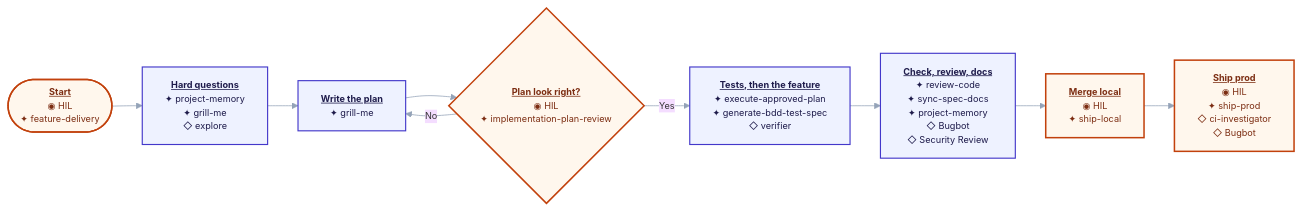
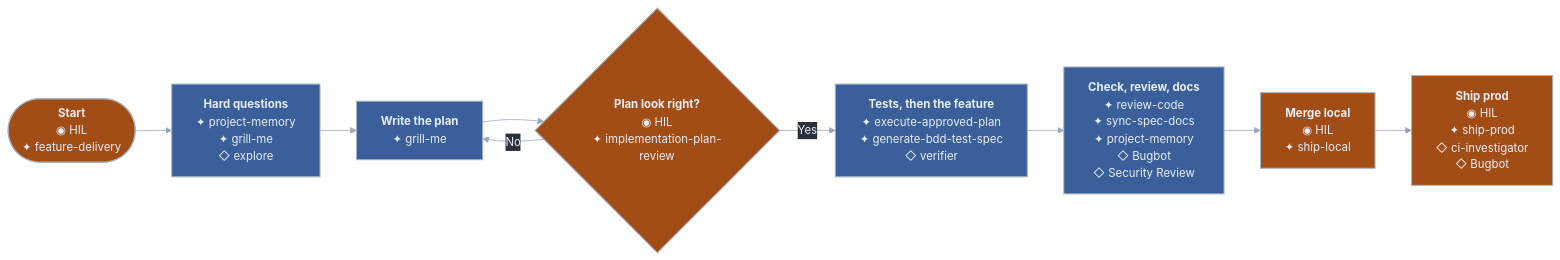
Before and after one commit to RaphaelBecker/cursor-harness: the fifth of 14 diagrams in README.md, drawn with Mermaid. The commit also changed other lines of this file and 12 other files, not shown here.

````diff
--- a/README.md
+++ b/README.md
@@ -276,22 +282,22 @@
 ```mermaid
-%%{init: {"theme":"base","themeVariables":{"fontFamily":"ui-sans-serif,system-ui,sans-serif","fontSize":"12px","lineColor":"#94a3b8"},"flowchart":{"curve":"basis","htmlLabels":true,"nodeSpacing":22,"rankSpacing":40}}}%%
+%%{init: {"theme":"base","themeVariables":{"darkMode":true,"fontFamily":"ui-sans-serif, system-ui, -apple-system, Segoe UI, sans-serif","fontSize":"15px","background":"#2B313C","lineColor":"#9AA6B8","textColor":"#9AA6B8","primaryTextColor":"#E8EEF7","edgeLabelBackground":"#2B313C"},"flowchart":{"curve":"basis","htmlLabels":true,"nodeSpacing":31,"rankSpacing":48,"padding":16,"useMaxWidth":true}}}%%
 flowchart LR
-  A(["<b><u>Start</u></b><br/>◉ HIL<br/>✦ feature-delivery"])
-  B["<b><u>Hard questions</u></b><br/>✦ project-memory<br/>✦ grill-me<br/>◇ explore"]
-  C["<b><u>Write the plan</u></b><br/>✦ grill-me"]
-  D{"<b><u>Plan look right?</u></b><br/>◉ HIL<br/>✦ implementation-plan-review"}
-  E["<b><u>Tests, then the feature</u></b><br/>✦ execute-approved-plan<br/>✦ generate-bdd-test-spec<br/>◇ verifier"]
-  F["<b><u>Check, review, docs</u></b><br/>✦ review-code<br/>✦ sync-spec-docs<br/>✦ project-memory<br/>◇ Bugbot<br/>◇ Security Review"]
-  G["<b><u>Merge local</u></b><br/>◉ HIL<br/>✦ ship-local"]
-  H["<b><u>Ship prod</u></b><br/>◉ HIL<br/>✦ ship-prod<br/>◇ ci-investigator<br/>◇ Bugbot"]
+  A(["<b>Start</b><br/>◉ HIL<br/>✦ feature-delivery"])
+  B["<b>Hard questions</b><br/>✦ project-memory<br/>✦ grill-me<br/>◇ explore"]
+  C["<b>Write the plan</b><br/>✦ grill-me"]
+  D{"<b>Plan look right?</b><br/>◉ HIL<br/>✦ implementation-plan-review"}
+  E["<b>Tests, then the feature</b><br/>✦ execute-approved-plan<br/>✦ generate-bdd-test-spec<br/>◇ verifier"]
+  F["<b>Check, review, docs</b><br/>✦ review-code<br/>✦ sync-spec-docs<br/>✦ project-memory<br/>◇ Bugbot<br/>◇ Security Review"]
+  G["<b>Merge local</b><br/>◉ HIL<br/>✦ ship-local"]
+  H["<b>Ship prod</b><br/>◉ HIL<br/>✦ ship-prod<br/>◇ ci-investigator<br/>◇ Bugbot"]
 
   A --> B --> C --> D
   D -->|No| C
   D -->|Yes| E --> F --> G --> H
 
-  classDef skill fill:#eef2ff,stroke:#4338ca,stroke-width:1.5px,color:#1e1b4b
-  classDef hil fill:#fff7ed,stroke:#c2410c,stroke-width:2px,color:#7c2d12
-  classDef done fill:#ecfdf5,stroke:#047857,stroke-width:1.5px,color:#064e3b
+  classDef skill fill:#3A5F9A,stroke:#A8B4C4,stroke-width:1.4px,color:#E8EEF7
+  classDef hil fill:#A34D16,stroke:#A8B4C4,stroke-width:1.4px,color:#E8EEF7
+  classDef done fill:#2A6B5C,stroke:#A8B4C4,stroke-width:1.4px,color:#E8EEF7
   class A,D,G,H hil
   class B,C,E,F skill
 ```
````
